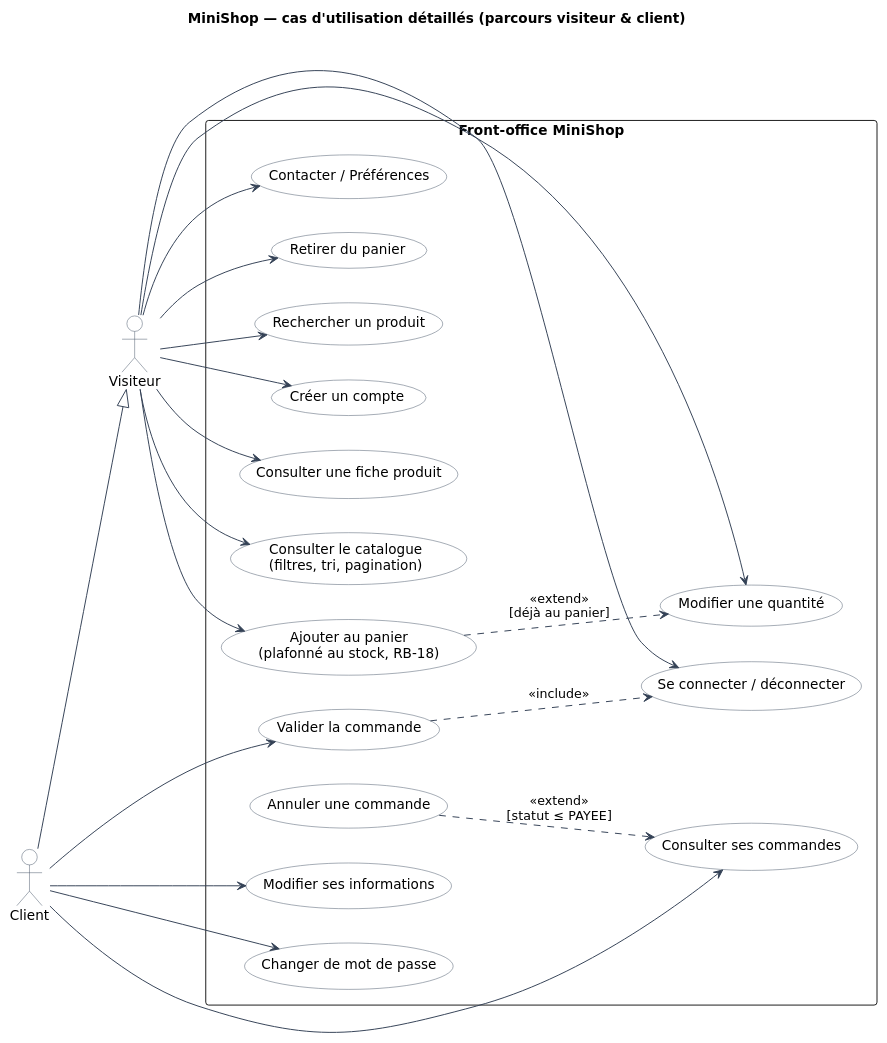
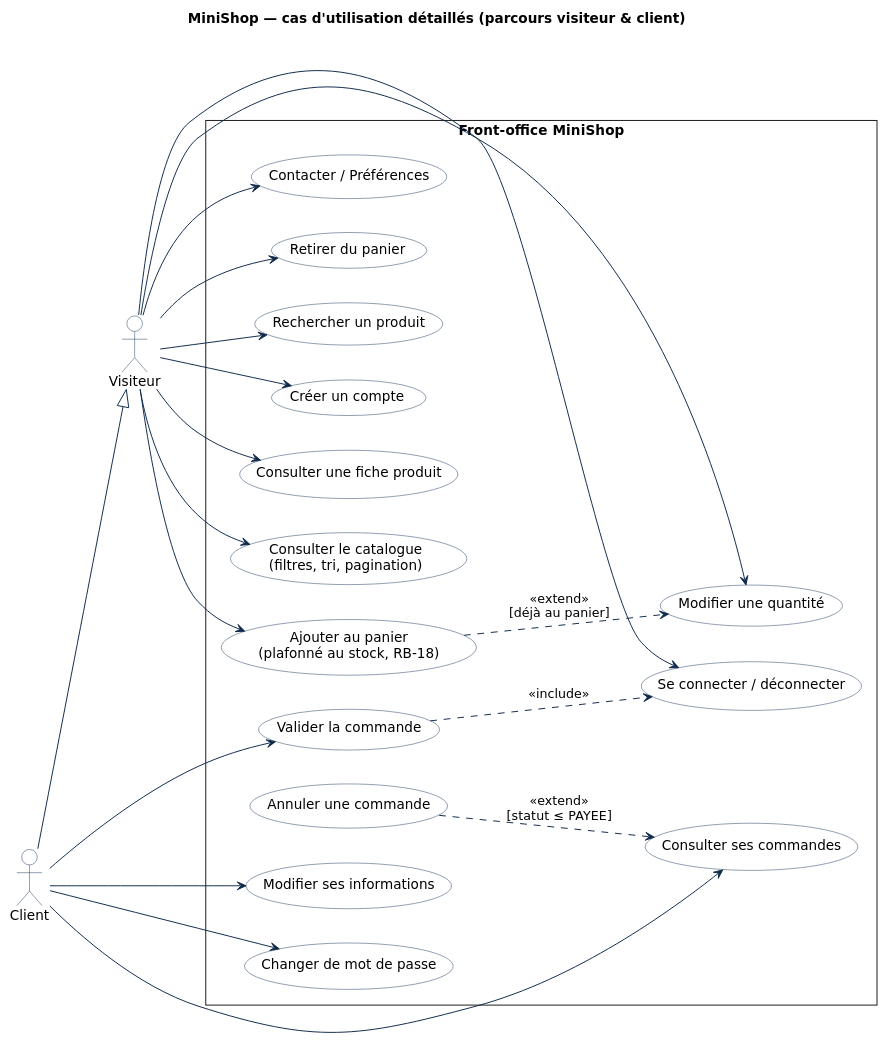
The diagram in docs/diagrams/src/cas_utilisation_detail.puml (jojo8356/SAE-302), drawn with PlantUML before and after one commit. The commit also changed 148 other files, not shown here.

Commit message:
docs: align UML diagrams, markdown docs & regenerate academic deliverables

```diff
--- a/docs/diagrams/src/cas_utilisation_detail.puml
+++ b/docs/diagrams/src/cas_utilisation_detail.puml
@@ -1,54 +1,54 @@
 @startuml cas_utilisation_detail
 title MiniShop — cas d'utilisation détaillés (parcours visiteur & client)
 
 left to right direction
 skinparam shadowing false
-skinparam roundcorner 6
+skinparam roundcorner 0
 skinparam defaultFontName "DejaVu Sans"
 skinparam packageStyle rectangle
-skinparam ArrowColor #334155
+skinparam ArrowColor #0F294A
 skinparam ActorBackgroundColor #FFFFFF
-skinparam ActorBorderColor #475569
+skinparam ActorBorderColor #1E3A5F
 skinparam UsecaseBackgroundColor #FFFFFF
-skinparam UsecaseBorderColor #475569
+skinparam UsecaseBorderColor #1E3A5F
 
 actor "Visiteur" as V
 actor "Client" as C
 C --|> V
 
 rectangle "Front-office MiniShop" {
   usecase "Consulter le catalogue\n(filtres, tri, pagination)" as U1
   usecase "Rechercher un produit" as U2
   usecase "Consulter une fiche produit" as U3
   usecase "Contacter / Préférences" as U14
   usecase "Créer un compte" as U4
   usecase "Se connecter / déconnecter" as U5
   usecase "Ajouter au panier\n(plafonné au stock, RB-18)" as U6
   usecase "Modifier une quantité" as U7
   usecase "Retirer du panier" as U8
   usecase "Valider la commande" as U9
   usecase "Consulter ses commandes" as U10
   usecase "Annuler une commande" as U11
   usecase "Modifier ses informations" as U12
   usecase "Changer de mot de passe" as U13
 }
 
 V --> U1
 V --> U2
 V --> U3
 V --> U14
 V --> U4
 V --> U5
 V --> U6
 V --> U7
 V --> U8
 
 C --> U9
 C --> U10
 C --> U12
 C --> U13
 
 U6 ..> U7 : <<extend>>\n[déjà au panier]
 U9 ..> U5 : <<include>>
 U11 ..> U10 : <<extend>>\n[statut ≤ PAYEE]
 @enduml
```
